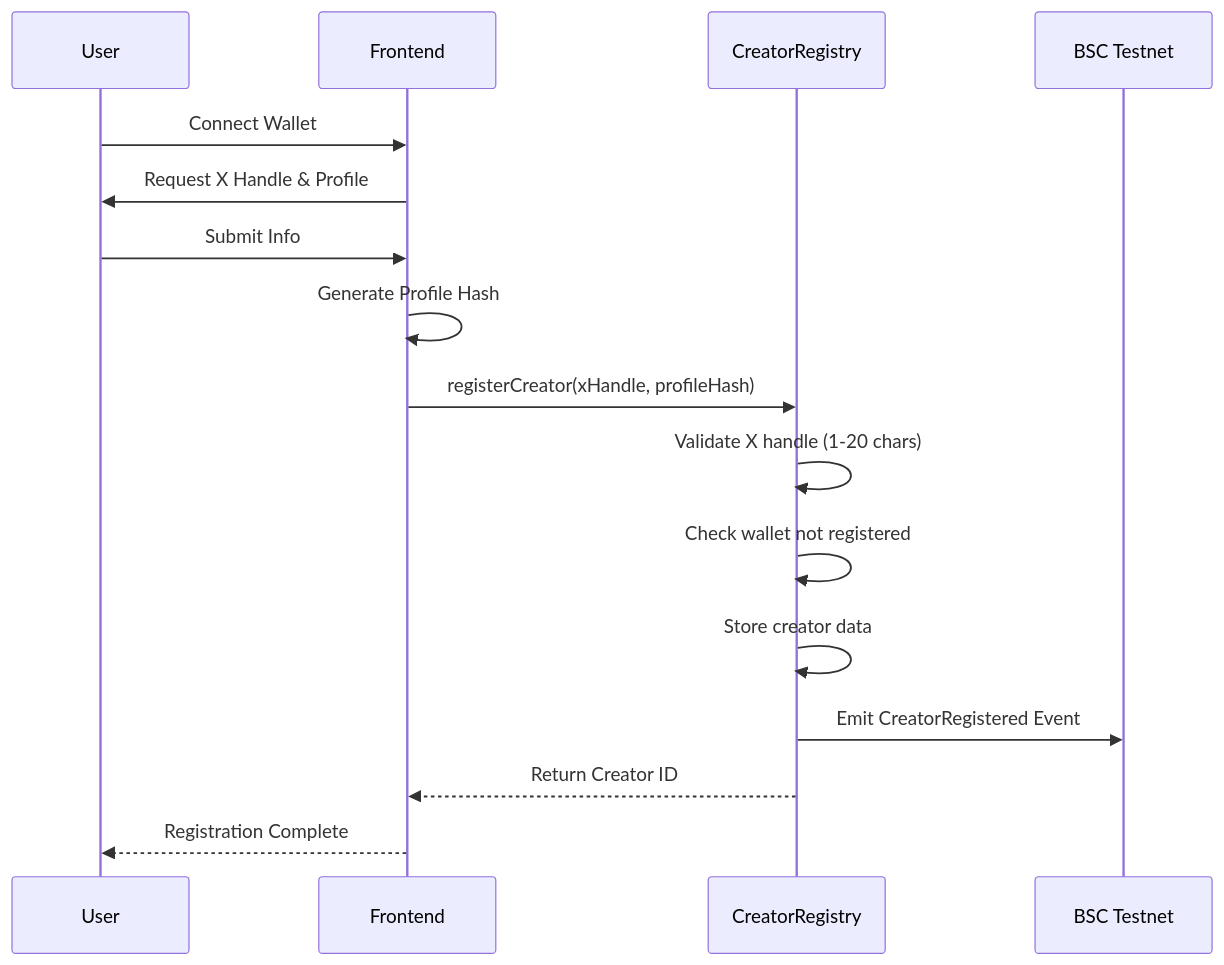
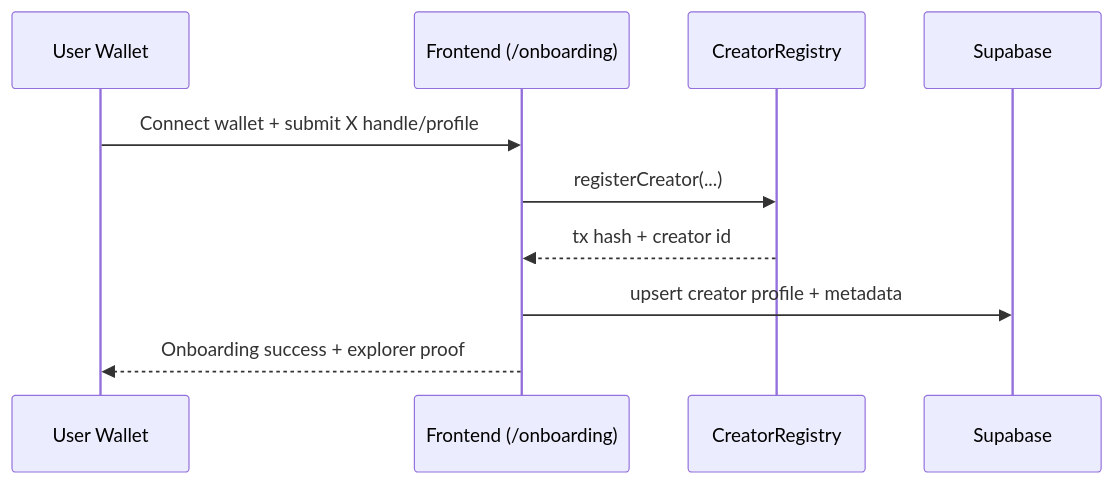
Before and after one commit to Rail-Mint/railmint: the first of 5 diagrams in README.md, drawn with Mermaid. The commit also changed other lines of this file and 19 other files, not shown here.

````diff
--- a/README.md
+++ b/README.md
@@ -120,19 +35,13 @@
 ```mermaid
 sequenceDiagram
-    participant U as User
-    participant F as Frontend
+    participant U as User Wallet
+    participant FE as Frontend (/onboarding)
     participant CR as CreatorRegistry
-    participant BC as BSC Testnet
-    
-    U->>F: Connect Wallet
-    F->>U: Request X Handle & Profile
-    U->>F: Submit Info
-    F->>F: Generate Profile Hash
-    F->>CR: registerCreator(xHandle, profileHash)
-    CR->>CR: Validate X handle (1-20 chars)
-    CR->>CR: Check wallet not registered
-    CR->>CR: Store creator data
-    CR->>BC: Emit CreatorRegistered Event
-    CR-->>F: Return Creator ID
-    F-->>U: Registration Complete
+    participant SB as Supabase
+
+    U->>FE: Connect wallet + submit X handle/profile
+    FE->>CR: registerCreator(...)
+    CR-->>FE: tx hash + creator id
+    FE->>SB: upsert creator profile + metadata
+    FE-->>U: Onboarding success + explorer proof
 ```
````
